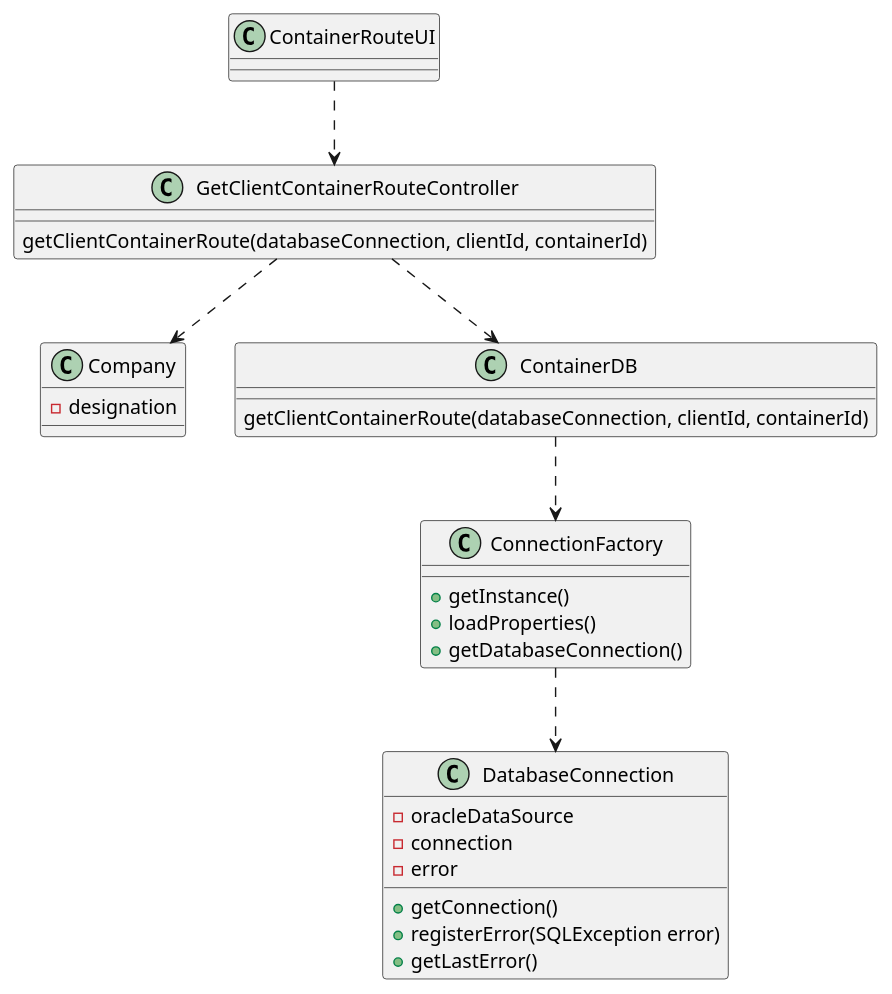
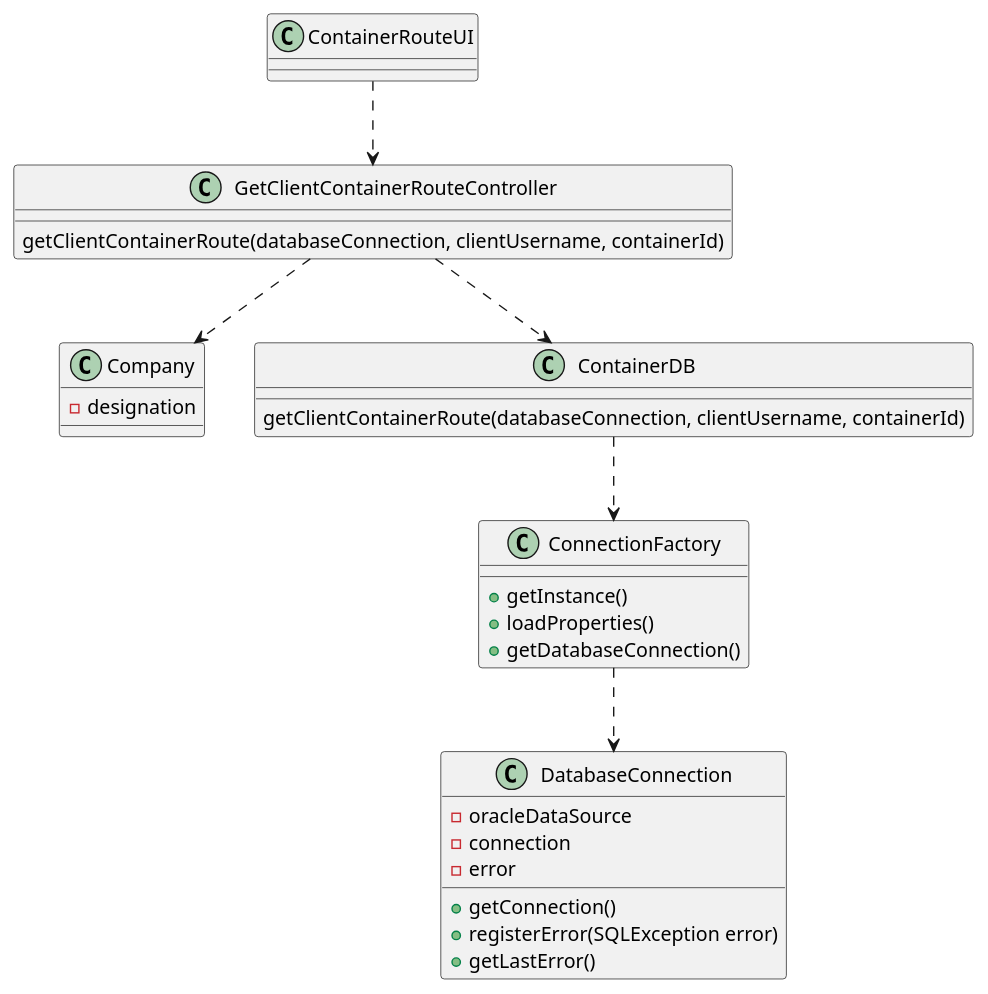
One commit to mpoboas/lapr3-2021-g102 changed the diagram in docs/Sprint3/US305/US305_CD.puml. Above: the diagram before and after it, drawn with PlantUML. The commit also changed 10 other files, not shown here.

```diff
--- a/docs/Sprint3/US305/US305_CD.puml
+++ b/docs/Sprint3/US305/US305_CD.puml
@@ -1,40 +1,40 @@
 @startuml
 'https://plantuml.com/class-diagram
 
 class Company {
 -designation
 }
 
 class ContainerRouteUI {
 }
 
 class GetClientContainerRouteController {
-getClientContainerRoute(databaseConnection, clientId, containerId)
+getClientContainerRoute(databaseConnection, clientUsername, containerId)
 }
 
 class ContainerDB {
-getClientContainerRoute(databaseConnection, clientId, containerId)
+getClientContainerRoute(databaseConnection, clientUsername, containerId)
 }
 
 class ConnectionFactory{
 +getInstance()
 +loadProperties()
 +getDatabaseConnection()
 }
 
 class DatabaseConnection{
 -oracleDataSource
 -connection
 -error
 +getConnection()
 +registerError(SQLException error)
 +getLastError()
 }
 
 ContainerRouteUI ..> GetClientContainerRouteController
 GetClientContainerRouteController ..> ContainerDB
 GetClientContainerRouteController ..> Company
 ContainerDB ..> ConnectionFactory
 ConnectionFactory ..> DatabaseConnection
 
 @enduml
```
